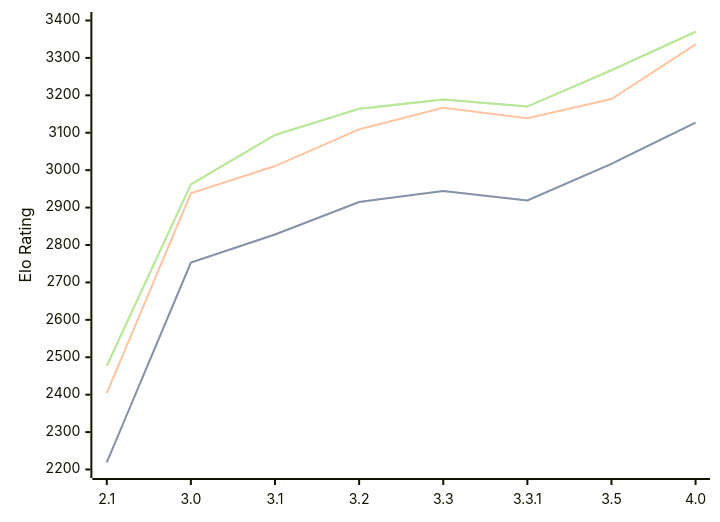
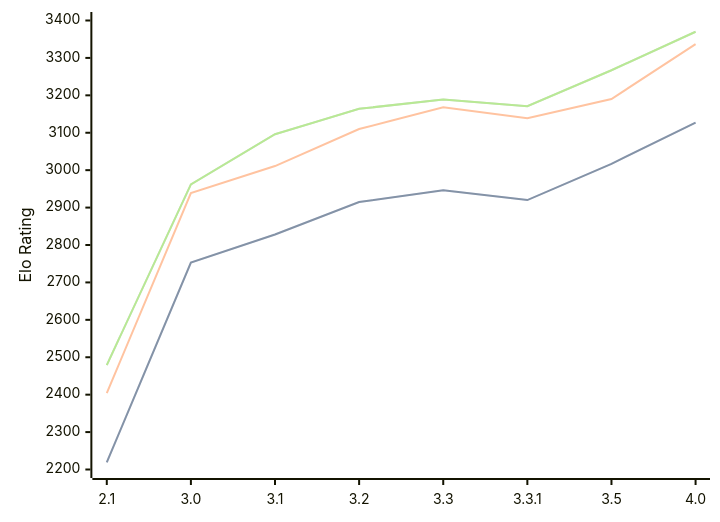
One commit to computer-chess-index/cci changed the diagram in engines/Petrel.md. Above: the diagram before and after it, drawn with Mermaid. The commit also changed other lines of this file, not shown here.

Commit message:
Update CCI Ratings (ELO VLTC) - 2026-08-25

````diff
--- a/engines/Petrel.md
+++ b/engines/Petrel.md
@@ -38,11 +38,11 @@
 ```mermaid
 %%{init: {"theme":"base","themeVariables":{"seriesColors:['#a3a3a3','#222221','#faa371']}}}%%
 xychart-beta
   x-axis ["2.1", "3.0", "3.1", "3.2", "3.3", "3.3.1", "3.5", "4.0"]
   y-axis "Elo Rating" 2200 --> 3400
-  line "STC (8.0+0.08s)" [2219, 2753, 2828, 2915, 2944, 2919, 3017, 3127]
-  line "STC (8.0+0.08s)" [2219, 2753, 2828, 2915, 2944, 2919, 3017, 3127]
-  line "LTC (60.0+0.60s)" [2404, 2938, 3011, 3109, 3167, 3139, 3190, 3336]
-  line "VLTC (2m24s+1.12s)" [2477, 2962, 3094, 3164, 3189, 3170, 3267, 3370]
-  line "VLTC (2m24s+1.12s)" [2477, 2962, 3094, 3164, 3189, 3170, 3267, 3370]
+  line "STC (8.0+0.08s)" [2219, 2753, 2828, 2915, 2946, 2920, 3017, 3127]
+  line "STC (8.0+0.08s)" [2219, 2753, 2828, 2915, 2946, 2920, 3017, 3127]
+  line "LTC (60.0+0.60s)" [2404, 2939, 3011, 3110, 3168, 3139, 3190, 3337]
+  line "VLTC (2m24s+1.12s)" [2479, 2962, 3096, 3164, 3189, 3171, 3267, 3370]
+  line "VLTC (2m24s+1.12s)" [2479, 2962, 3096, 3164, 3189, 3171, 3267, 3370]
 ```
````
